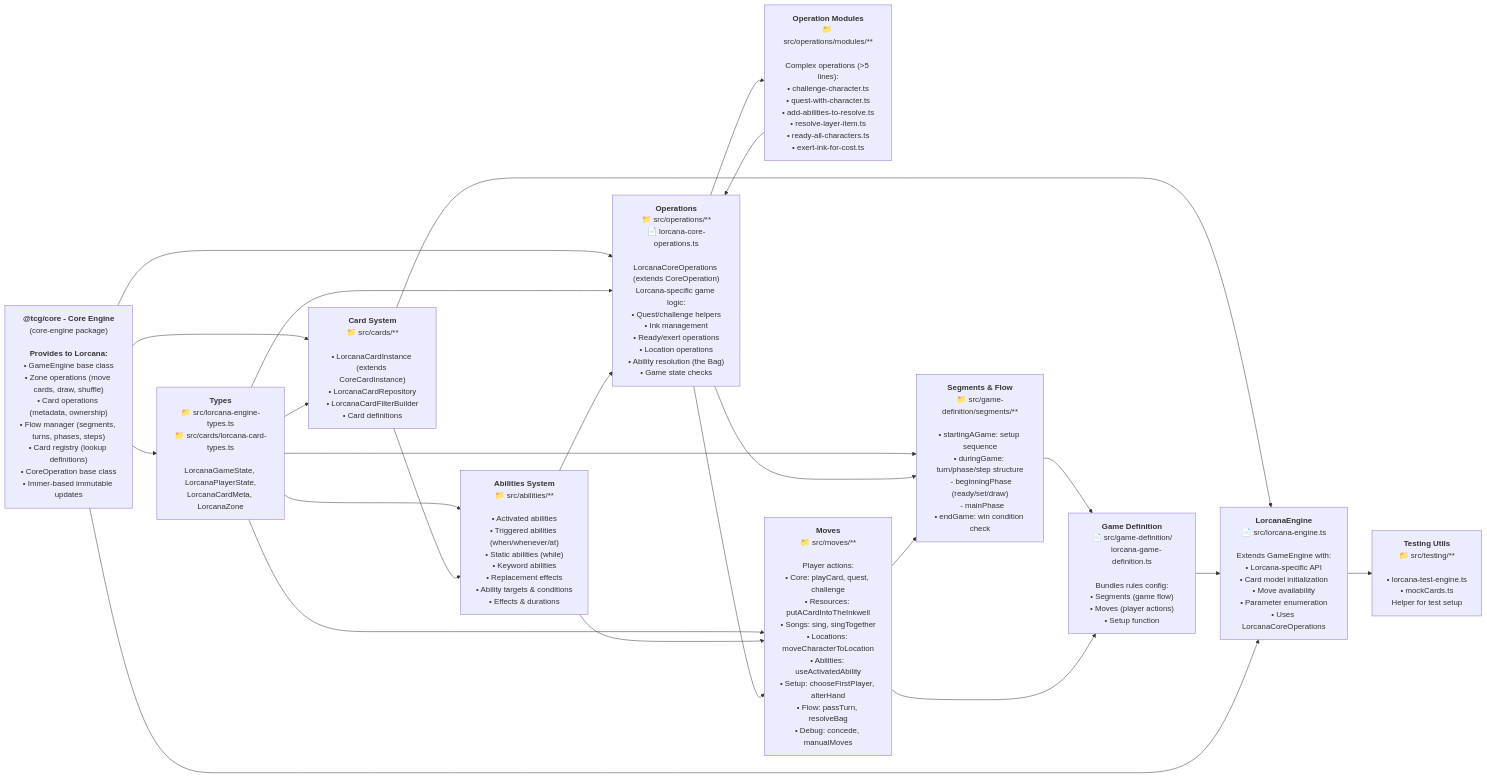
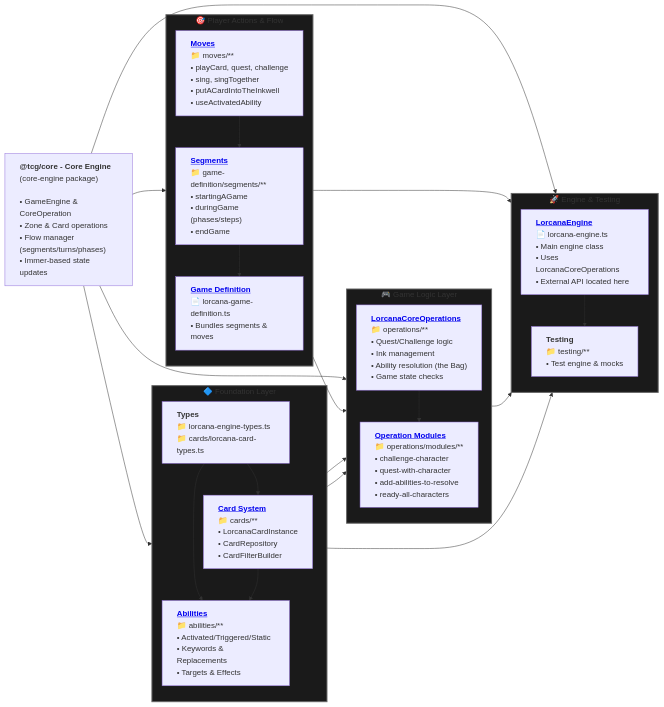
One commit to TheCardGoat/tcg-engines changed the diagram in packages/engines/core-engine/src/game-engine/engines/lorcana/CONTRIBUTING.md. Above: the diagram before and after it, drawn with Mermaid.

Commit message:
visual clarity

````diff
--- a/packages/engines/core-engine/src/game-engine/engines/lorcana/CONTRIBUTING.md
+++ b/packages/engines/core-engine/src/game-engine/engines/lorcana/CONTRIBUTING.md
@@ -5,60 +5,71 @@
 ```mermaid
+%%{init: {'flowchart': {'rankSpacing': 40, 'nodeSpacing': 20}}}%%
 flowchart LR
-  %% Left to right: base dependencies → high-level components
+  %% Base dependency
+  CORE["<b>@tcg/core - Core Engine</b><br/>(core-engine package)<br/><br/>• GameEngine & CoreOperation<br/>• Zone & Card operations<br/>• Flow manager (segments/turns/phases)<br/>• Immer-based state updates"]
+
+  %% Foundation Layer
+  subgraph FOUNDATION["🔷 Foundation Layer"]
+    direction TB
+    TYPES["<b>Types</b><br/>📁 lorcana-engine-types.ts<br/>📁 cards/lorcana-card-types.ts"]
+    CARDS["<b><a href='#card-system'>Card System</a></b><br/>📁 cards/**<br/>• LorcanaCardInstance<br/>• CardRepository<br/>• CardFilterBuilder"]
+    ABILITIES["<b><a href='#abilities-system'>Abilities</a></b><br/>📁 abilities/**<br/>• Activated/Triggered/Static<br/>• Keywords & Replacements<br/>• Targets & Effects"]
+    
+    TYPES --> CARDS
+    TYPES --> ABILITIES
+    CARDS --> ABILITIES
+  end
+
+  %% Game Logic Layer
+  subgraph LOGIC["🎮 Game Logic Layer"]
+    direction TB
+    OPS["<b><a href='#lorcanacoreoperations'>LorcanaCoreOperations</a></b><br/>📁 operations/**<br/>• Quest/Challenge logic<br/>• Ink management<br/>• Ability resolution (the Bag)<br/>• Game state checks"]
+    OPS_MOD["<b><a href='#operations-modules'>Operation Modules</a></b><br/>📁 operations/modules/**<br/>• challenge-character<br/>• quest-with-character<br/>• add-abilities-to-resolve<br/>• ready-all-characters"]
+    
+    OPS --> OPS_MOD
+  end
+
+  %% Player Actions Layer
+  subgraph ACTIONS["🎯 Player Actions & Flow"]
+    direction TB
+    MOVES["<b><a href='#moves'>Moves</a></b><br/>📁 moves/**<br/>• playCard, quest, challenge<br/>• sing, singTogether<br/>• putACardIntoTheInkwell<br/>• useActivatedAbility"]
+    SEGMENTS["<b><a href='#segments'>Segments</a></b><br/>📁 game-definition/segments/**<br/>• startingAGame<br/>• duringGame (phases/steps)<br/>• endGame"]
+    GAMEDEF["<b><a href='#game-definition'>Game Definition</a></b><br/>📄 lorcana-game-definition.ts<br/>• Bundles segments & moves"]
+    
+    MOVES --> SEGMENTS
+    SEGMENTS --> GAMEDEF
+  end
+
+  %% Top Layer
+  subgraph TOP["🚀 Engine & Testing"]
+    direction TB
+    ENGINE["<b><a href='#lorcanaengine'>LorcanaEngine</a></b><br/>📄 lorcana-engine.ts<br/>• Main engine class<br/>• Uses LorcanaCoreOperations<br/>• External API located here"]
+    TESTING["<b>Testing</b><br/>📁 testing/**<br/>• Test engine & mocks"]
+    
+    ENGINE --> TESTING
+  end
+
+  %% Cross-subgraph Dependencies (showing which subgraphs call functions in others)
+  CORE --> FOUNDATION
+  CORE --> LOGIC
+  CORE --> ACTIONS
+  CORE --> TOP
   
-  %% Base layer (leftmost)
-  CORE_RULE["<b>@tcg/core - Core Engine</b><br/>(core-engine package)<br/><br/><b>Provides to Lorcana:</b><br/>• GameEngine base class<br/>• Zone operations (move cards, draw, shuffle)<br/>• Card operations (metadata, ownership)<br/>• Flow manager (segments, turns, phases, steps)<br/>• Card registry (lookup definitions)<br/>• CoreOperation base class<br/>• Immer-based immutable updates"]
+  %% Foundation provides types/cards/abilities to other layers
+  TYPES --> OPS
+  CARDS --> TOP
+  ABILITIES --> OPS
+  
+  %% Actions call Logic (Moves and Segments call coreOps methods)
+  ACTIONS --> LOGIC
+  
+  %% Engine uses GameDefinition and calls Logic
+  GAMEDEF --> TOP
+  LOGIC   --> TOP
 
-  TYPES["<b>Types</b><br/>📁 src/lorcana-engine-types.ts<br/>📁 src/cards/lorcana-card-types.ts<br/><br/>LorcanaGameState, LorcanaPlayerState,<br/>LorcanaCardMeta, LorcanaZone"]
-
-  %% Card system layer
-  CARDS["<b>Card System</b><br/>📁 src/cards/**<br/><br/>• LorcanaCardInstance (extends CoreCardInstance)<br/>• LorcanaCardRepository<br/>• LorcanaCardFilterBuilder<br/>• Card definitions"]
-
-  ABILITIES["<b>Abilities System</b><br/>📁 src/abilities/**<br/><br/>• Activated abilities<br/>• Triggered abilities (when/whenever/at)<br/>• Static abilities (while)<br/>• Keyword abilities<br/>• Replacement effects<br/>• Ability targets & conditions<br/>• Effects & durations"]
-
-  %% Operations layer
-  OPS["<b>Operations</b><br/>📁 src/operations/**<br/>📄 lorcana-core-operations.ts<br/><br/>LorcanaCoreOperations (extends CoreOperation)<br/>Lorcana-specific game logic:<br/>• Quest/challenge helpers<br/>• Ink management<br/>• Ready/exert operations<br/>• Location operations<br/>• Ability resolution (the Bag)<br/>• Game state checks"]
-
-  OPS_MODULES["<b>Operation Modules</b><br/>📁 src/operations/modules/**<br/><br/>Complex operations (>5 lines):<br/>• challenge-character.ts<br/>• quest-with-character.ts<br/>• add-abilities-to-resolve.ts<br/>• resolve-layer-item.ts<br/>• ready-all-characters.ts<br/>• exert-ink-for-cost.ts"]
-
-  %% Game logic layer
-  MOVES["<b>Moves</b><br/>📁 src/moves/**<br/><br/>Player actions:<br/>• Core: playCard, quest, challenge<br/>• Resources: putACardIntoTheInkwell<br/>• Songs: sing, singTogether<br/>• Locations: moveCharacterToLocation<br/>• Abilities: useActivatedAbility<br/>• Setup: chooseFirstPlayer, alterHand<br/>• Flow: passTurn, resolveBag<br/>• Debug: concede, manualMoves"]
-
-  SEGMENTS["<b>Segments & Flow</b><br/>📁 src/game-definition/segments/**<br/><br/>• startingAGame: setup sequence<br/>• duringGame: turn/phase/step structure<br/>&nbsp;&nbsp;- beginningPhase (ready/set/draw)<br/>&nbsp;&nbsp;- mainPhase<br/>• endGame: win condition check"]
-
-  GAMEDEF["<b>Game Definition</b><br/>📄 src/game-definition/<br/>&nbsp;&nbsp;&nbsp;&nbsp;lorcana-game-definition.ts<br/><br/>Bundles rules config:<br/>• Segments (game flow)<br/>• Moves (player actions)<br/>• Setup function"]
-
-  %% Top layer (rightmost)
-  ENGINE["<b>LorcanaEngine</b><br/>📄 src/lorcana-engine.ts<br/><br/>Extends GameEngine with:<br/>• Lorcana-specific API<br/>• Card model initialization<br/>• Move availability<br/>• Parameter enumeration<br/>• Uses LorcanaCoreOperations"]
-
-  TESTING["<b>Testing Utils</b><br/>📁 src/testing/**<br/><br/>• lorcana-test-engine.ts<br/>• mockCards.ts<br/>Helper for test setup"]
-
-  %% Dependencies flow left → right
-  CORE_RULE --> TYPES
-  CORE_RULE --> CARDS
-  CORE_RULE --> OPS
-  TYPES --> CARDS
-  TYPES --> ABILITIES
-  TYPES --> OPS
-  TYPES --> MOVES
-  TYPES --> SEGMENTS
-  CARDS --> ABILITIES
-  CARDS --> ENGINE
-  ABILITIES --> OPS
-  ABILITIES --> MOVES
-  OPS --> OPS_MODULES
-  OPS_MODULES --> OPS
-  OPS --> MOVES
-  OPS --> SEGMENTS
-  MOVES --> SEGMENTS
-  SEGMENTS --> GAMEDEF
-  MOVES --> GAMEDEF
-  GAMEDEF --> ENGINE
-  CORE_RULE --> ENGINE
-  ENGINE --> TESTING
-
-  %% Styling: left-align text and top-align box content
-  classDef leftAlign text-align:left
-  classDef topAlign vertical-align:top
-  class CORE_RULE,ENGINE,GAMEDEF,MOVES,OPS,OPS_MODULES,TYPES,CARDS,ABILITIES,SEGMENTS,TESTING leftAlign,topAlign
+  %% Styling
+  classDef leftAlign text-align:left;
+  classDef subgraphStyle fill:#1a1a1a,stroke:#666,stroke-width:2px;
+  class CORE,TYPES,CARDS,ABILITIES,OPS,OPS_MOD,MOVES,SEGMENTS,GAMEDEF,ENGINE,TESTING leftAlign;
+  class FOUNDATION,LOGIC,ACTIONS,TOP subgraphStyle;
 ```
````
